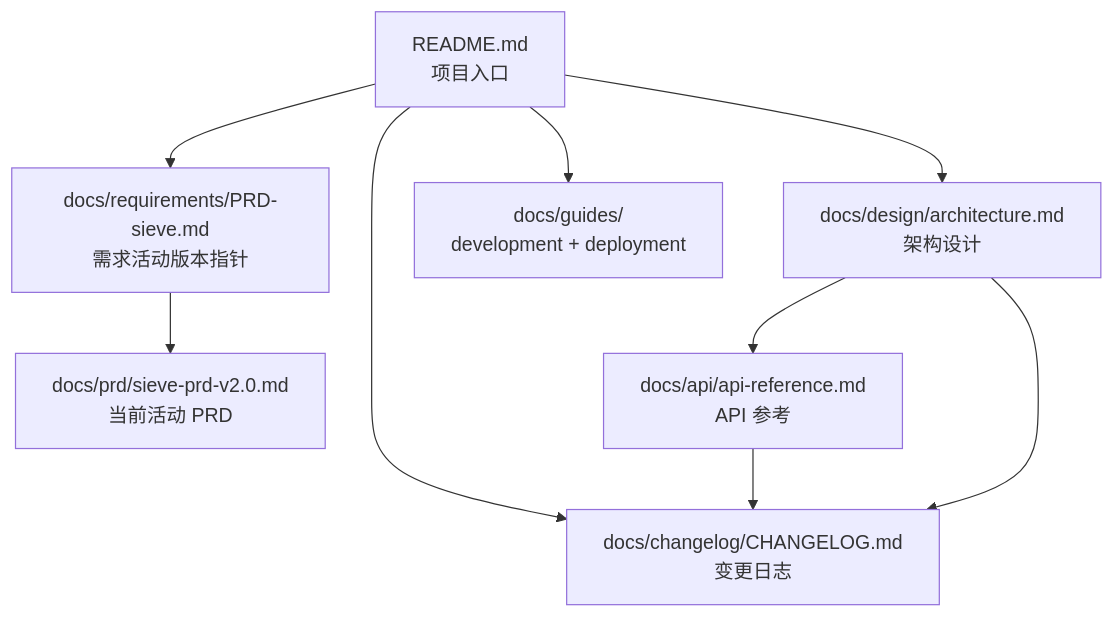
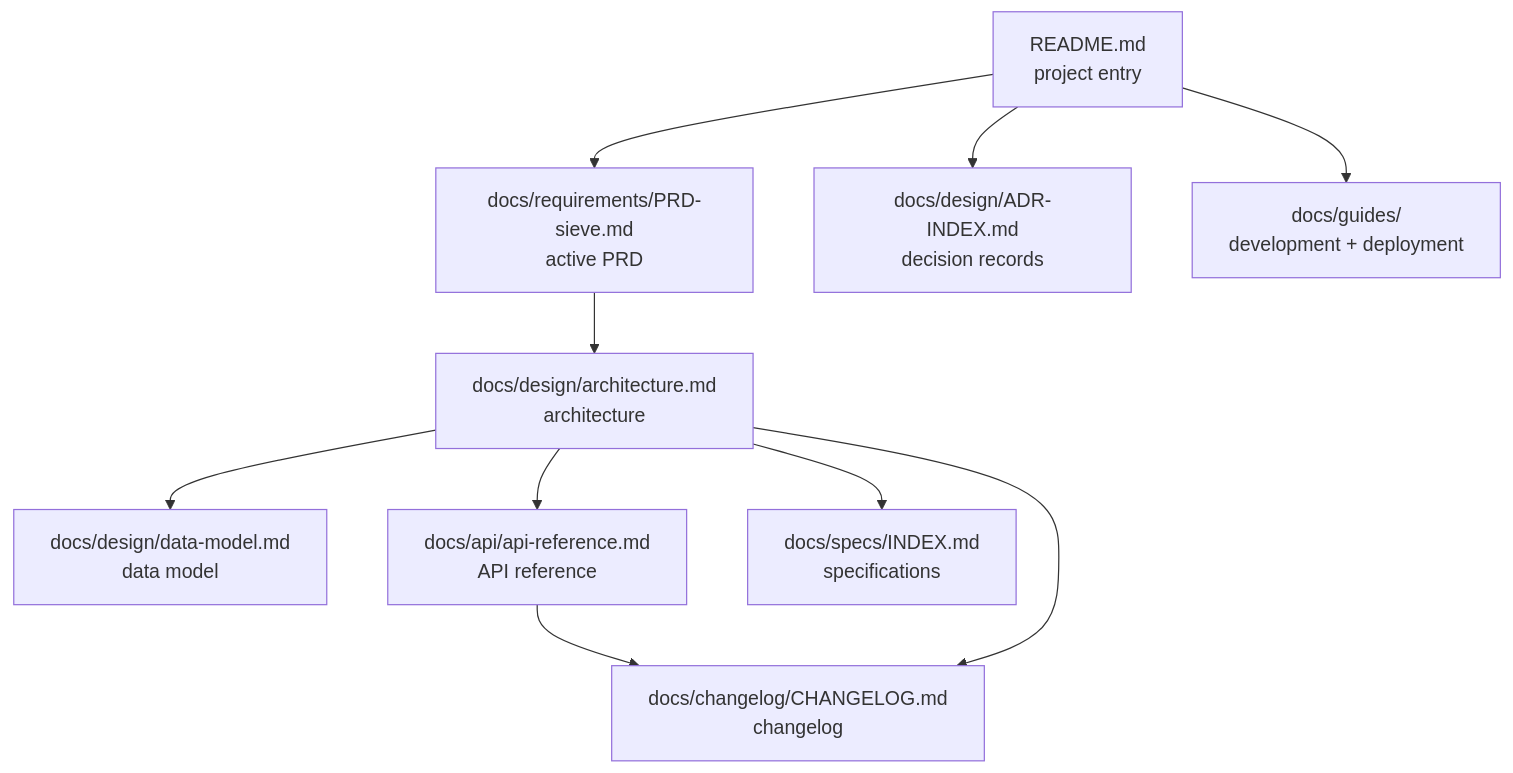
Before and after one commit to SieveAI-dev/sieve: the second of 2 diagrams in README.md, drawn with Mermaid. The commit also changed other lines of this file and 3 other files, not shown here.

````diff
--- a/README.md
+++ b/README.md
@@ -228,19 +204,22 @@
 ```mermaid
 graph TD
-    README[README.md<br/>项目入口]
-    REQ[docs/requirements/PRD-sieve.md<br/>需求活动版本指针]
-    PRDv20[docs/prd/sieve-prd-v2.0.md<br/>当前活动 PRD]
-    DESIGN[docs/design/architecture.md<br/>架构设计]
-    API[docs/api/api-reference.md<br/>API 参考]
-    GUIDES[docs/guides/<br/>development + deployment]
-    CL[docs/changelog/CHANGELOG.md<br/>变更日志]
+    README["README.md<br/>project entry"]
+    PRD["docs/requirements/PRD-sieve.md<br/>active PRD"]
+    ADR["docs/design/ADR-INDEX.md<br/>decision records"]
+    ARCH["docs/design/architecture.md<br/>architecture"]
+    DATA["docs/design/data-model.md<br/>data model"]
+    API["docs/api/api-reference.md<br/>API reference"]
+    SPECS["docs/specs/INDEX.md<br/>specifications"]
+    GUIDES["docs/guides/<br/>development + deployment"]
+    CL["docs/changelog/CHANGELOG.md<br/>changelog"]
 
-    README --> REQ
-    README --> DESIGN
+    README --> PRD
+    README --> ADR
     README --> GUIDES
-    README --> CL
-    REQ --> PRDv20
-    DESIGN --> API
+    PRD --> ARCH
+    ARCH --> DATA
+    ARCH --> API
+    ARCH --> SPECS
     API --> CL
-    DESIGN --> CL
+    ARCH --> CL
 ```
````
